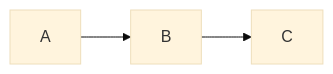
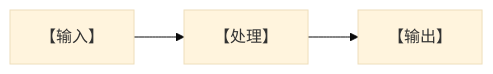
Before and after one commit to wkevin/skills: the diagram in skills/utils/wk-marp-slide/template/index.md, drawn with Mermaid. The commit also changed other lines of this file and 14 other files, not shown here.

```diff
--- a/skills/utils/wk-marp-slide/template/index.md
+++ b/skills/utils/wk-marp-slide/template/index.md
@@ -62,6 +171,6 @@
 <div class="mermaid">
 %%{init: {'theme':'base'}}%%
 graph LR;
-    A-->B;
-    B-->C;
+    A[【输入】] --> B[【处理】];
+    B --> C[【输出】];
 </div>
```
